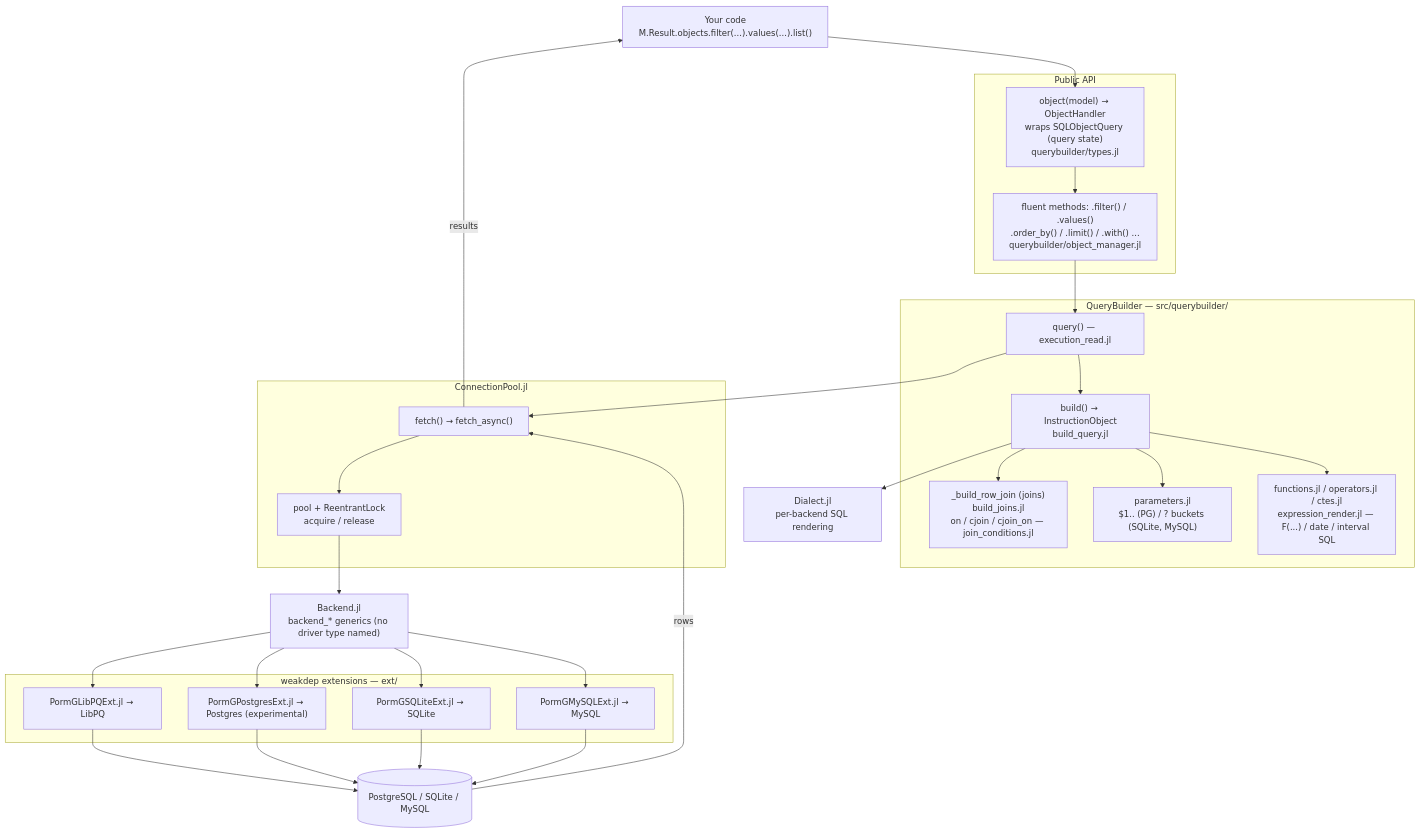
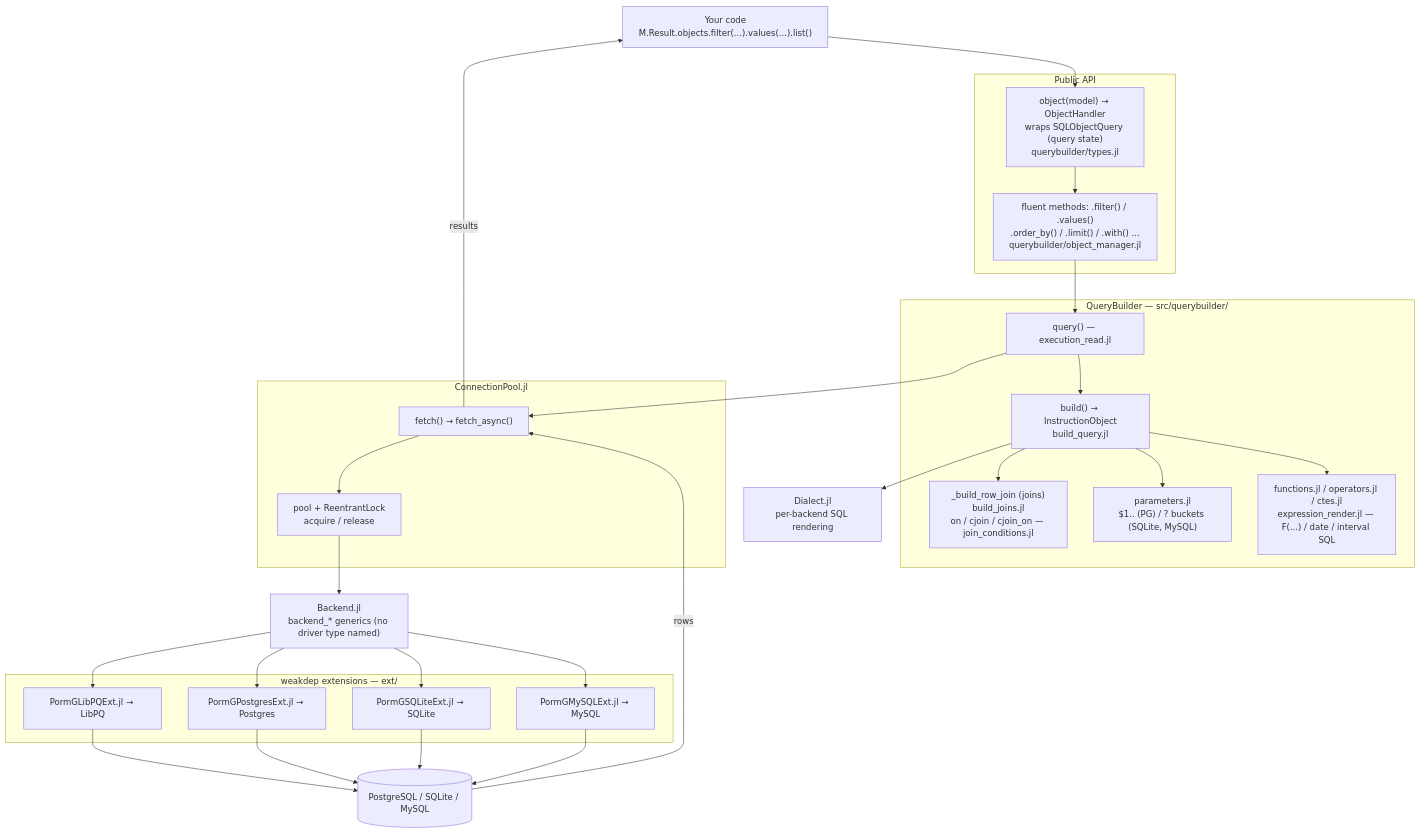
One commit to PingoLee/PormG.jl changed the first of 4 diagrams in docs/src/architecture.md. Above: the diagram before and after it, drawn with Mermaid. The commit also changed 10 other files, not shown here.

First line of the commit message:
docs(#1072): Postgres.jl is a supported driver, no longer experimental

````diff
--- a/docs/src/architecture.md
+++ b/docs/src/architecture.md
@@ -13,45 +13,45 @@
 ```mermaid
 flowchart TD
   U["Your code<br/>M.Result.objects.filter(...).values(...).list()"]
 
   subgraph API["Public API"]
     OBJ["object(model) → ObjectHandler<br/>wraps SQLObjectQuery (query state)<br/>querybuilder/types.jl"]
     CHAIN["fluent methods: .filter() / .values()<br/>.order_by() / .limit() / .with() ...<br/>querybuilder/object_manager.jl"]
   end
 
   subgraph QB["QueryBuilder — src/querybuilder/"]
     Q["query() — execution_read.jl"]
     B["build() → InstructionObject<br/>build_query.jl"]
     J["_build_row_join (joins)<br/>build_joins.jl<br/>on / cjoin / cjoin_on — join_conditions.jl"]
     P["parameters.jl<br/>$1.. (PG) / ? buckets (SQLite, MySQL)"]
     F["functions.jl / operators.jl / ctes.jl<br/>expression_render.jl — F(...) / date / interval SQL"]
   end
 
   DI["Dialect.jl<br/>per-backend SQL rendering"]
 
   subgraph CP["ConnectionPool.jl"]
     FE["fetch() → fetch_async()"]
     POOL["pool + ReentrantLock<br/>acquire / release"]
   end
 
   BK["Backend.jl<br/>backend_* generics (no driver type named)"]
   subgraph EXT["weakdep extensions — ext/"]
     PG["PormGLibPQExt.jl → LibPQ"]
-    PJ["PormGPostgresExt.jl → Postgres (experimental)"]
+    PJ["PormGPostgresExt.jl → Postgres"]
     SL["PormGSQLiteExt.jl → SQLite"]
     MY["PormGMySQLExt.jl → MySQL"]
   end
   DB[("PostgreSQL / SQLite / MySQL")]
 
   U --> OBJ --> CHAIN --> Q --> B
   B --> J
   B --> P
   B --> F
   B --> DI
   Q --> FE --> POOL --> BK
   BK --> PG --> DB
   BK --> PJ --> DB
   BK --> SL --> DB
   BK --> MY --> DB
   DB -->|rows| FE -->|results| U
 ```
````
